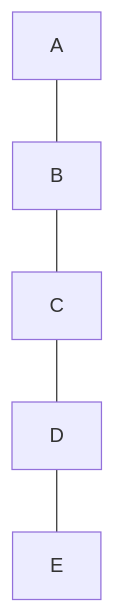
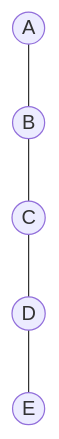
One commit to ARYAN-KUMAR-22/dsa changed diagram 19 of 23 in tree/01_tree_terminology.md. Above: the diagram before and after it, drawn with Mermaid. The commit also changed other lines of this file, not shown here.

Commit message:
Convert all node representations to circles in tree diagrams for consistent visualization

````diff
--- a/tree/01_tree_terminology.md
+++ b/tree/01_tree_terminology.md
@@ -644,13 +644,13 @@
 ```mermaid
 graph TD
-    A["A"]
-    B["B"]
-    C["C"]
-    D["D"]
-    E["E"]
+    A((A))
+    B((B))
+    C((C))
+    D((D))
+    E((E))
     
     A --- B
     B --- C
     C --- D
     D --- E
 ```
````
